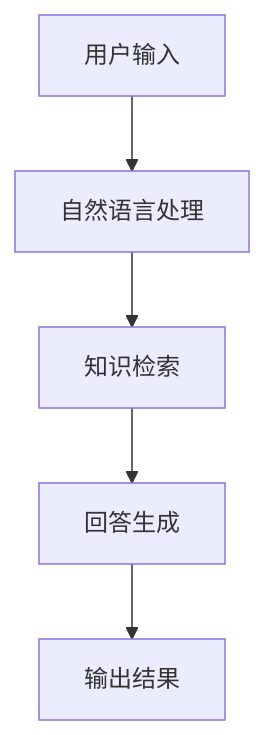
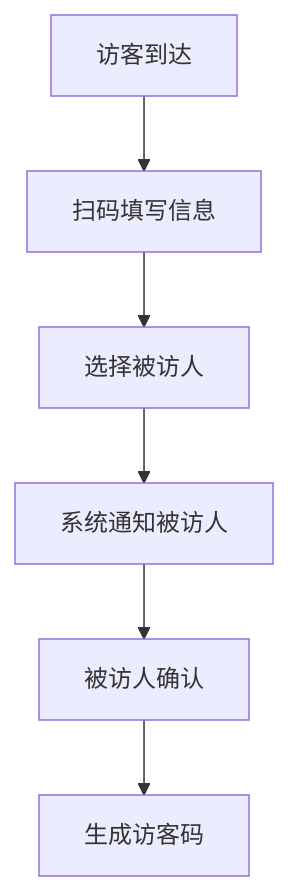
Before and after one commit to yuhaibao39/n8ndeploy: the diagram in devel/requirement.md, drawn with Mermaid. The commit also changed other lines of this file, not shown here.

````diff
--- a/devel/requirement.md
+++ b/devel/requirement.md
@@ -18,7 +20,8 @@
 ```mermaid
 graph TD
-    A[用户输入] --> B[自然语言处理]
-    B --> C[知识检索]
-    C --> D[回答生成]
-    D --> E[输出结果]
+    A[访客到达] --> B[扫码填写信息]
+    B --> C[选择被访人]
+    C --> D[系统通知被访人]
+    D --> E[被访人确认]
+    E --> F[生成访客码]
 ```
````
